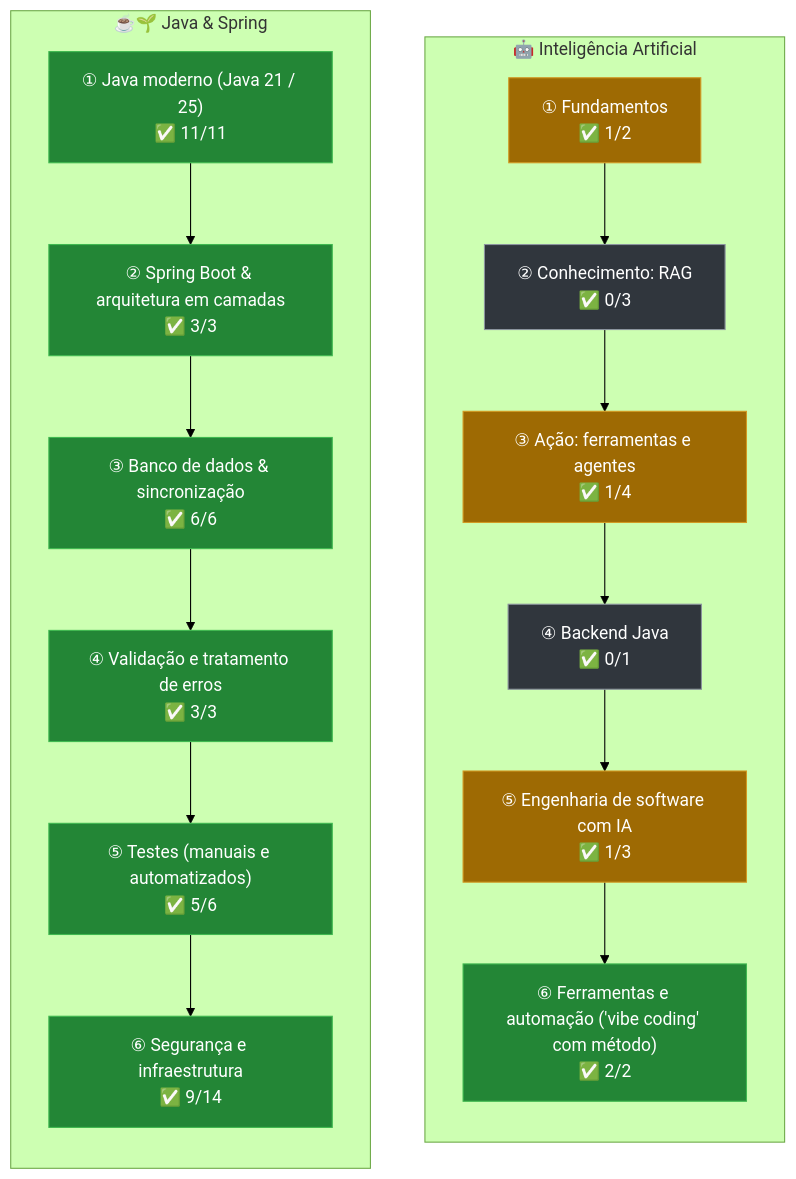
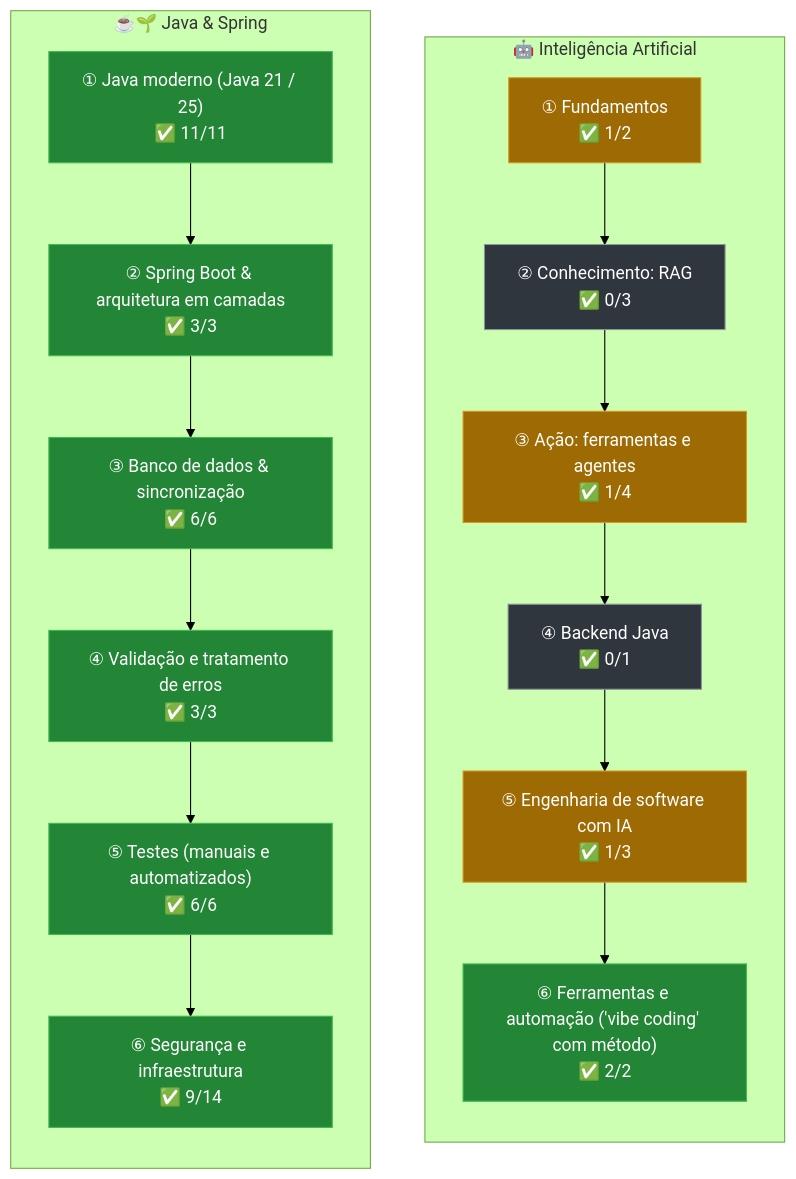
Diagram 17 of 20 in README.md (k3vinrich4rd/k3vinrich4rd), drawn with Mermaid (forest theme) before and after one commit. The commit also changed other lines of this file and 23 other files, not shown here.

````diff
--- a/README.md
+++ b/README.md
@@ -1853,27 +1858,27 @@
 ```mermaid
 flowchart LR
     subgraph T0["☕🌱 Java & Spring"]
         direction TB
         t0m0["① Java moderno (Java 21 / 25)<br/>✅ 11/11"]:::forte
         t0m1["② Spring Boot & arquitetura em camadas<br/>✅ 3/3"]:::forte
         t0m2["③ Banco de dados & sincronização<br/>✅ 6/6"]:::forte
         t0m3["④ Validação e tratamento de erros<br/>✅ 3/3"]:::forte
-        t0m4["⑤ Testes (manuais e automatizados)<br/>✅ 5/6"]:::forte
+        t0m4["⑤ Testes (manuais e automatizados)<br/>✅ 6/6"]:::forte
         t0m5["⑥ Segurança e infraestrutura<br/>✅ 9/14"]:::forte
         t0m0 --> t0m1 --> t0m2 --> t0m3 --> t0m4 --> t0m5
     end
     subgraph T1["🤖 Inteligência Artificial"]
         direction TB
         t1m0["① Fundamentos<br/>✅ 1/2"]:::meio
         t1m1["② Conhecimento: RAG<br/>✅ 0/3"]:::novo
         t1m2["③ Ação: ferramentas e agentes<br/>✅ 1/4"]:::meio
         t1m3["④ Backend Java<br/>✅ 0/1"]:::novo
         t1m4["⑤ Engenharia de software com IA<br/>✅ 1/3"]:::meio
         t1m5["⑥ Ferramentas e automação ('vibe coding' com método)<br/>✅ 2/2"]:::forte
         t1m0 --> t1m1 --> t1m2 --> t1m3 --> t1m4 --> t1m5
     end
     T0 ~~~ T1
     classDef forte fill:#238636,stroke:#3fb950,color:#fff
     classDef meio fill:#9e6a03,stroke:#d29922,color:#fff
     classDef novo fill:#30363d,stroke:#8b949e,color:#fff
 ```
````
